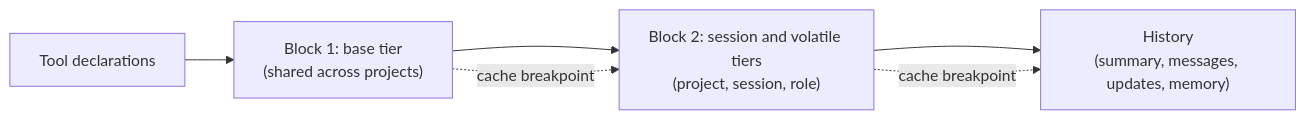
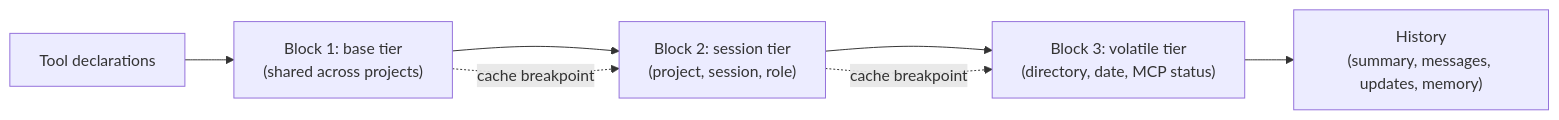
The first of 2 diagrams in docs/CONTEXT.md (bgauryy/octocode-coding-agent), drawn with Mermaid before and after one commit. The commit also changed other lines of this file and 1413 other files, not shown here.

````diff
--- a/docs/CONTEXT.md
+++ b/docs/CONTEXT.md
@@ -9,6 +9,6 @@
 ```mermaid
 flowchart LR
-    T["Tool declarations"] --> B1["Block 1: base tier<br/>(shared across projects)"] --> B2["Block 2: session and volatile tiers<br/>(project, session, role)"] --> H["History<br/>(summary, messages, updates, memory)"]
+    T["Tool declarations"] --> B1["Block 1: base tier<br/>(shared across projects)"] --> B2["Block 2: session tier<br/>(project, session, role)"] --> B3["Block 3: volatile tier<br/>(directory, date, MCP status)"] --> H["History<br/>(summary, messages, updates, memory)"]
     B1 -. "cache breakpoint" .-> B2
-    B2 -. "cache breakpoint" .-> H
+    B2 -. "cache breakpoint" .-> B3
 ```
````
